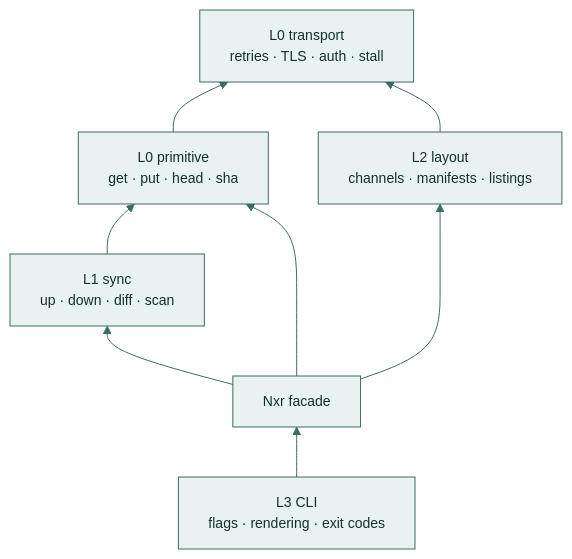
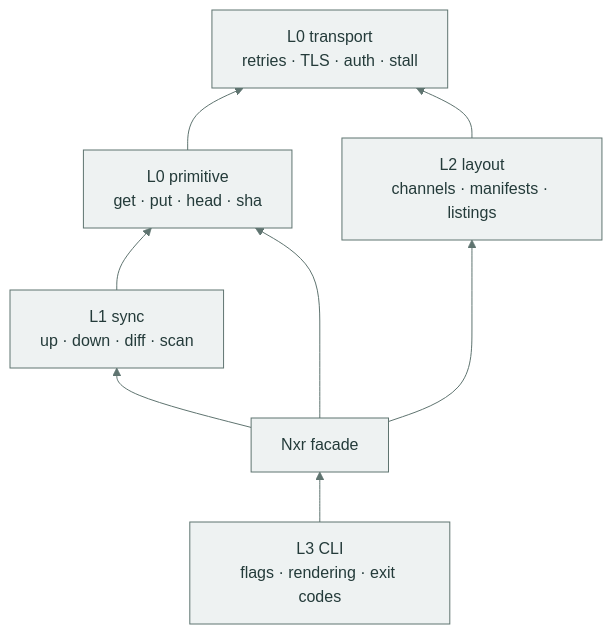
One commit to Lipen/nexus-raw changed the diagram in docs/reference/api.md. Above: the diagram before and after it, drawn with Mermaid. The commit also changed 5 other files, not shown here.

Commit message:
docs: hero transcript shot and redrawn diagrams

````diff
--- a/docs/reference/api.md
+++ b/docs/reference/api.md
@@ -22,17 +22,17 @@
 ```mermaid
-%%{init: {"theme": "base", "themeVariables": {"primaryColor": "#e8f2f0", "primaryTextColor": "#16302c", "primaryBorderColor": "#3d6b64", "lineColor": "#3d6b64", "fontSize": "14px"}}}%%
+%%{init: {"theme": "base", "themeVariables": {"primaryColor": "#eef2f2", "primaryTextColor": "#243b3a", "primaryBorderColor": "#5f7470", "lineColor": "#5f7470", "fontFamily": "inherit"}}}%%
 flowchart BT
     T["L0 transport<br/>retries · TLS · auth · stall"]
     P["L0 primitive<br/>get · put · head · sha"]
     S["L1 sync<br/>up · down · diff · scan"]
     L["L2 layout<br/>channels · manifests · listings"]
     F["Nxr facade"]
     C["L3 CLI<br/>flags · rendering · exit codes"]
     P --> T
     S --> P
     L --> T
     F --> S
     F --> L
     F --> P
     C --> F
 ```
````
